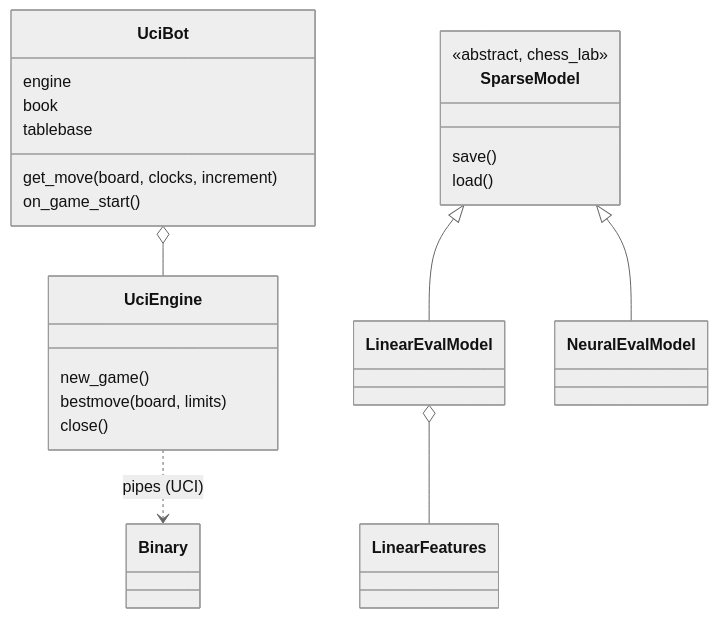
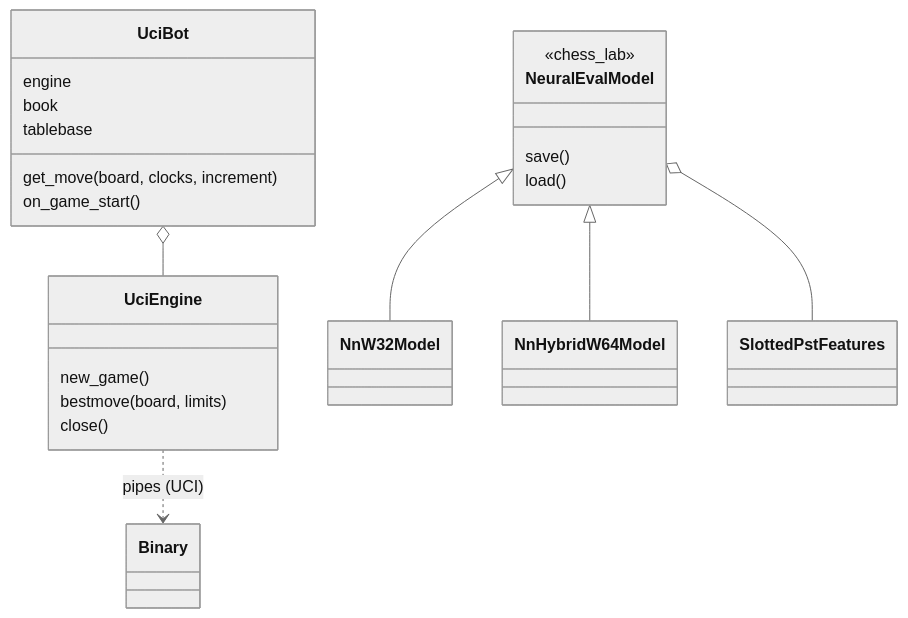
The second of 3 diagrams in docs/ARCHITECTURE.md (JoaquinDeVA/chess-ai-engine), drawn with Mermaid (neutral theme) before and after one commit. The commit also changed other lines of this file and 28 other files, not shown here.

````diff
--- a/docs/ARCHITECTURE.md
+++ b/docs/ARCHITECTURE.md
@@ -61,26 +61,26 @@
 ```mermaid
 classDiagram
     class UciEngine {
         new_game()
         bestmove(board, limits)
         close()
     }
     class UciBot {
         engine
         book
         tablebase
         get_move(board, clocks, increment)
         on_game_start()
     }
 
-    class SparseModel {
-        <<abstract, chess_lab>>
+    class NeuralEvalModel {
+        <<chess_lab>>
         save()
         load()
     }
-    SparseModel <|-- LinearEvalModel
-    SparseModel <|-- NeuralEvalModel
-    LinearEvalModel o-- LinearFeatures
+    NeuralEvalModel <|-- NnW32Model
+    NeuralEvalModel <|-- NnHybridW64Model
+    NeuralEvalModel o-- SlottedPstFeatures
     UciBot o-- UciEngine
     UciEngine ..> Binary : pipes (UCI)
 ```
````
